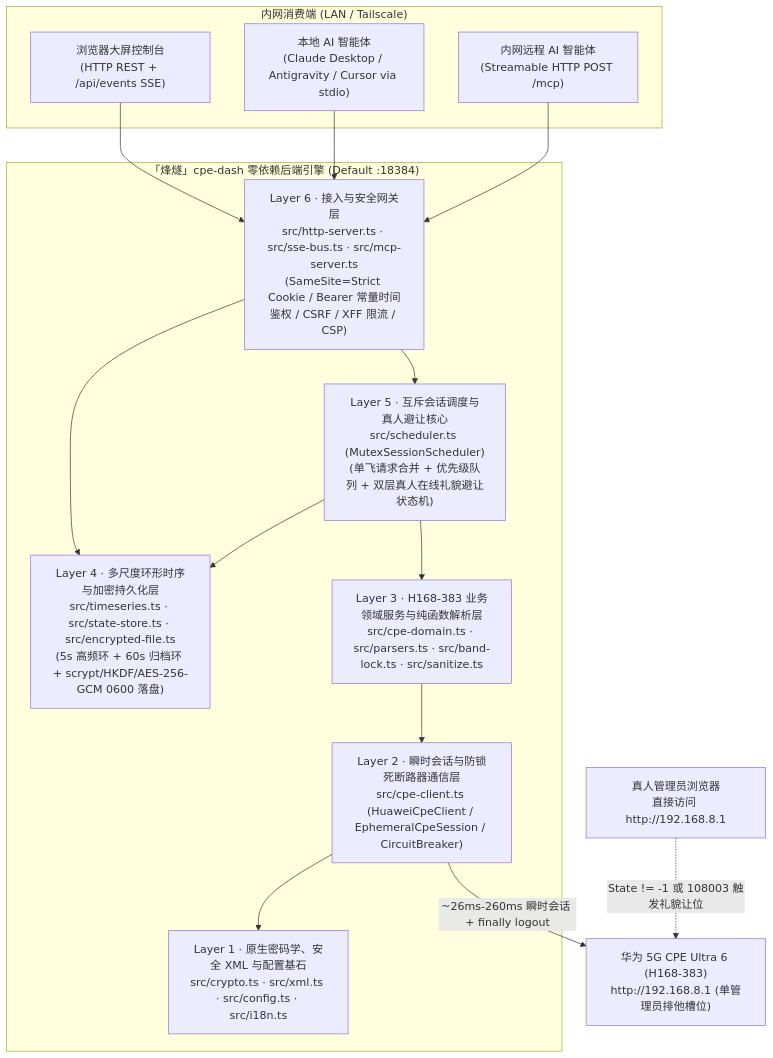
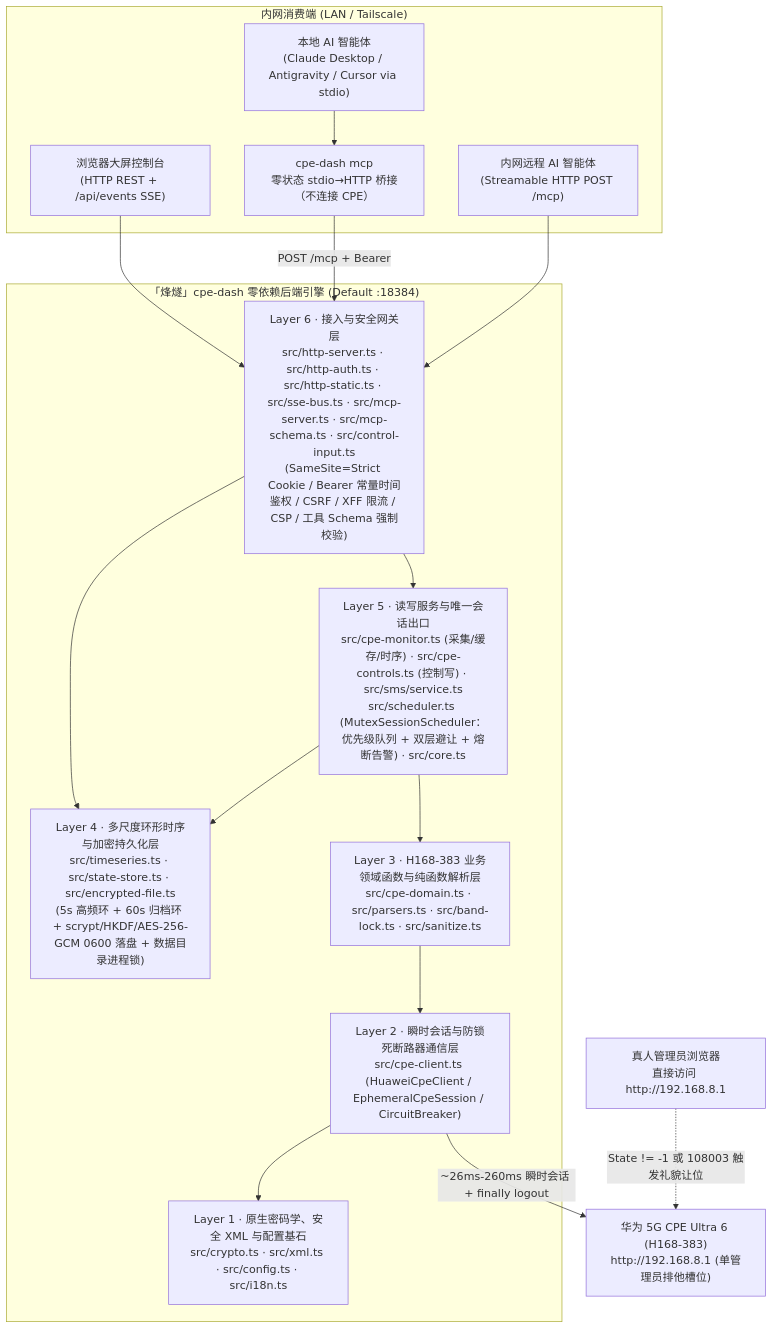
One commit to cky008/cpe-dash changed the first of 3 diagrams in docs/PHASE2_ARCHITECTURE_REPORT.md. Above: the diagram before and after it, drawn with Mermaid. The commit also changed other lines of this file and 1 other file, not shown here.

First line of the commit message:
docs(arch): record the Phase 2.5 audit and the split session architecture

````diff
--- a/docs/PHASE2_ARCHITECTURE_REPORT.md
+++ b/docs/PHASE2_ARCHITECTURE_REPORT.md
@@ -32,32 +32,34 @@
 ```mermaid
 flowchart TD
     subgraph Clients["内网消费端 (LAN / Tailscale)"]
         WEB["浏览器大屏控制台<br/>(HTTP REST + /api/events SSE)"]
         MCP_STDIO["本地 AI 智能体<br/>(Claude Desktop / Antigravity / Cursor via stdio)"]
+        BRIDGE["cpe-dash mcp<br/>零状态 stdio→HTTP 桥接（不连接 CPE）"]
         MCP_HTTP["内网远程 AI 智能体<br/>(Streamable HTTP POST /mcp)"]
     end
 
     subgraph FengSui["「烽燧」cpe-dash 零依赖后端引擎 (Default :18384)"]
-        L6["Layer 6 · 接入与安全网关层<br/>src/http-server.ts · src/sse-bus.ts · src/mcp-server.ts<br/>(SameSite=Strict Cookie / Bearer 常量时间鉴权 / CSRF / XFF 限流 / CSP)"]
-        L5["Layer 5 · 互斥会话调度与真人避让核心<br/>src/scheduler.ts (MutexSessionScheduler)<br/>(单飞请求合并 + 优先级队列 + 双层真人在线礼貌避让状态机)"]
-        L4["Layer 4 · 多尺度环形时序与加密持久化层<br/>src/timeseries.ts · src/state-store.ts · src/encrypted-file.ts<br/>(5s 高频环 + 60s 归档环 + scrypt/HKDF/AES-256-GCM 0600 落盘)"]
-        L3["Layer 3 · H168-383 业务领域服务与纯函数解析层<br/>src/cpe-domain.ts · src/parsers.ts · src/band-lock.ts · src/sanitize.ts"]
+        L6["Layer 6 · 接入与安全网关层<br/>src/http-server.ts · src/http-auth.ts · src/http-static.ts · src/sse-bus.ts · src/mcp-server.ts · src/mcp-schema.ts · src/control-input.ts<br/>(SameSite=Strict Cookie / Bearer 常量时间鉴权 / CSRF / XFF 限流 / CSP / 工具 Schema 强制校验)"]
+        L5["Layer 5 · 读写服务与唯一会话出口<br/>src/cpe-monitor.ts (采集/缓存/时序) · src/cpe-controls.ts (控制写) · src/sms/service.ts<br/>src/scheduler.ts (MutexSessionScheduler：优先级队列 + 双层避让 + 熔断告警) · src/core.ts"]
+        L4["Layer 4 · 多尺度环形时序与加密持久化层<br/>src/timeseries.ts · src/state-store.ts · src/encrypted-file.ts<br/>(5s 高频环 + 60s 归档环 + scrypt/HKDF/AES-256-GCM 0600 落盘 + 数据目录进程锁)"]
+        L3["Layer 3 · H168-383 业务领域函数与纯函数解析层<br/>src/cpe-domain.ts · src/parsers.ts · src/band-lock.ts · src/sanitize.ts"]
         L2["Layer 2 · 瞬时会话与防锁死断路器通信层<br/>src/cpe-client.ts (HuaweiCpeClient / EphemeralCpeSession / CircuitBreaker)"]
         L1["Layer 1 · 原生密码学、安全 XML 与配置基石<br/>src/crypto.ts · src/xml.ts · src/config.ts · src/i18n.ts"]
     end
 
     CPE["华为 5G CPE Ultra 6 (H168-383)<br/>http://192.168.8.1 (单管理员排他槽位)"]
     HUMAN["真人管理员浏览器<br/>直接访问 http://192.168.8.1"]
 
     WEB --> L6
-    MCP_STDIO --> L6
+    MCP_STDIO --> BRIDGE
+    BRIDGE -- "POST /mcp + Bearer" --> L6
     MCP_HTTP --> L6
     L6 --> L5
     L6 --> L4
     L5 --> L3
     L5 --> L4
     L3 --> L2
     L2 --> L1
     L2 -- "~26ms-260ms 瞬时会话 + finally logout" --> CPE
     HUMAN -. "State != -1 或 108003 触发礼貌让位" .-> CPE
 ```
````
